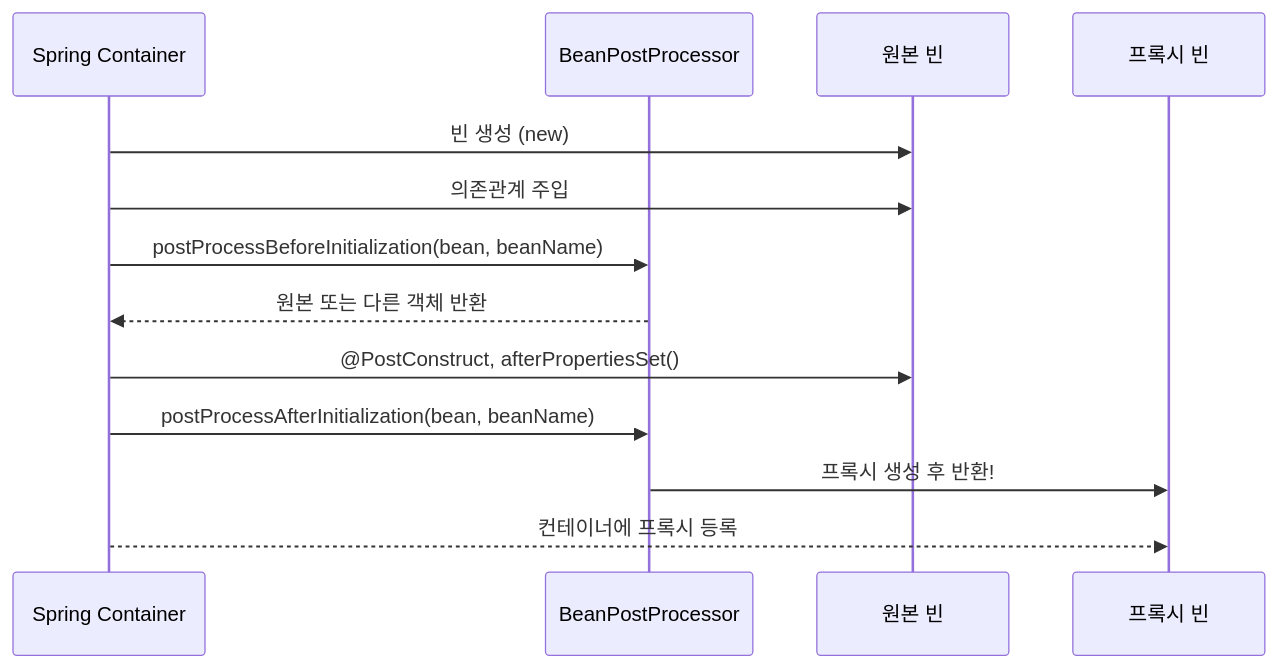
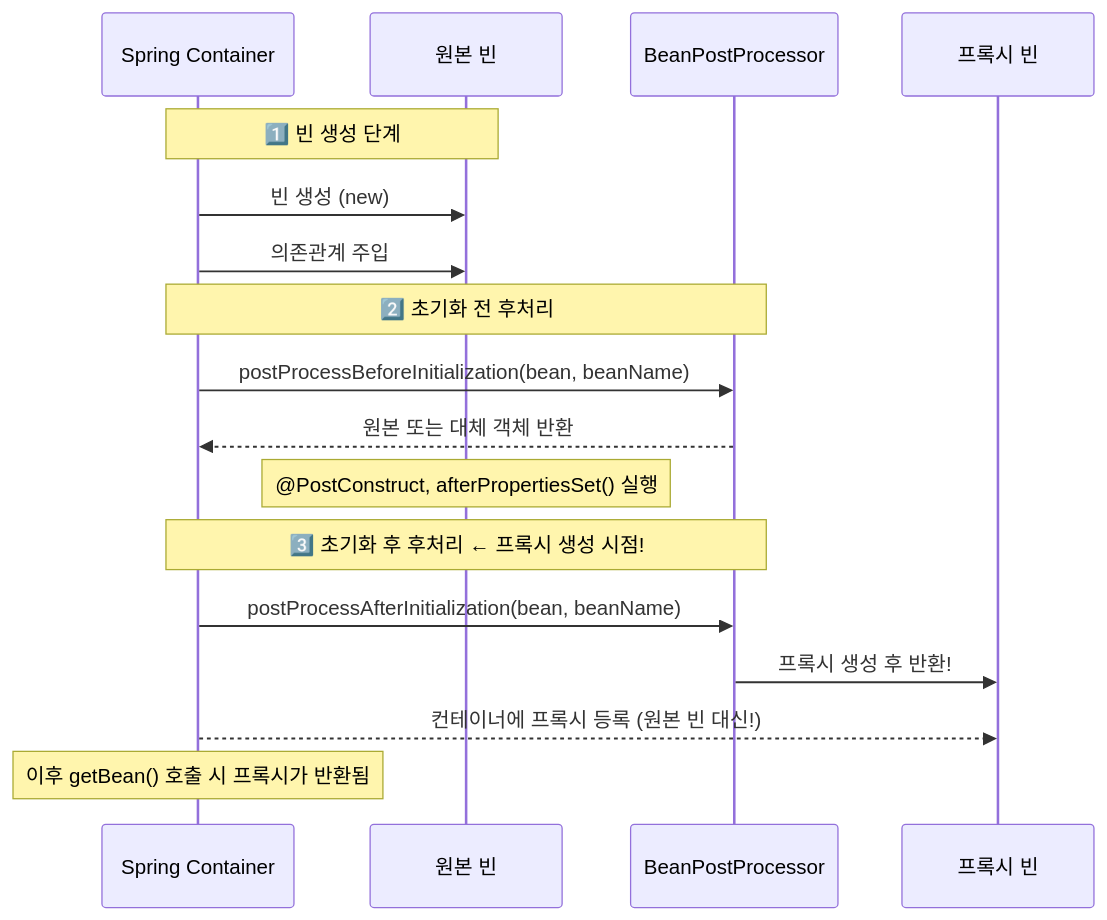
Before and after one commit to yjkim2015/yjkim2015.github.io: the tenth of 13 diagrams in _posts/spring/2026-05-02-spring-core-advanced.md, drawn with Mermaid. The commit also changed other lines of this file and 32 other files, not shown here.

````diff
--- a/_posts/spring/2026-05-02-spring-core-advanced.md
+++ b/_posts/spring/2026-05-02-spring-core-advanced.md
@@ -558,16 +610,23 @@
 ```mermaid
 sequenceDiagram
     participant C as Spring Container
-    participant B as BeanPostProcessor
     participant O as 원본 빈
+    participant BPP as BeanPostProcessor
     participant P as 프록시 빈
 
+    Note over C,O: 1️⃣ 빈 생성 단계
     C->>O: 빈 생성 (new)
     C->>O: 의존관계 주입
-    C->>B: postProcessBeforeInitialization(bean, beanName)
-    B-->>C: 원본 또는 다른 객체 반환
-    C->>O: @PostConstruct, afterPropertiesSet()
-    C->>B: postProcessAfterInitialization(bean, beanName)
-    B->>P: 프록시 생성 후 반환!
-    C-->>P: 컨테이너에 프록시 등록
+
+    Note over C,BPP: 2️⃣ 초기화 전 후처리
+    C->>BPP: postProcessBeforeInitialization(bean, beanName)
+    BPP-->>C: 원본 또는 대체 객체 반환
+
+    Note over O: @PostConstruct, afterPropertiesSet() 실행
+
+    Note over C,BPP: 3️⃣ 초기화 후 후처리 ← 프록시 생성 시점!
+    C->>BPP: postProcessAfterInitialization(bean, beanName)
+    BPP->>P: 프록시 생성 후 반환!
+    C-->>P: 컨테이너에 프록시 등록 (원본 빈 대신!)
+    Note over C: 이후 getBean() 호출 시 프록시가 반환됨
 ```
````
